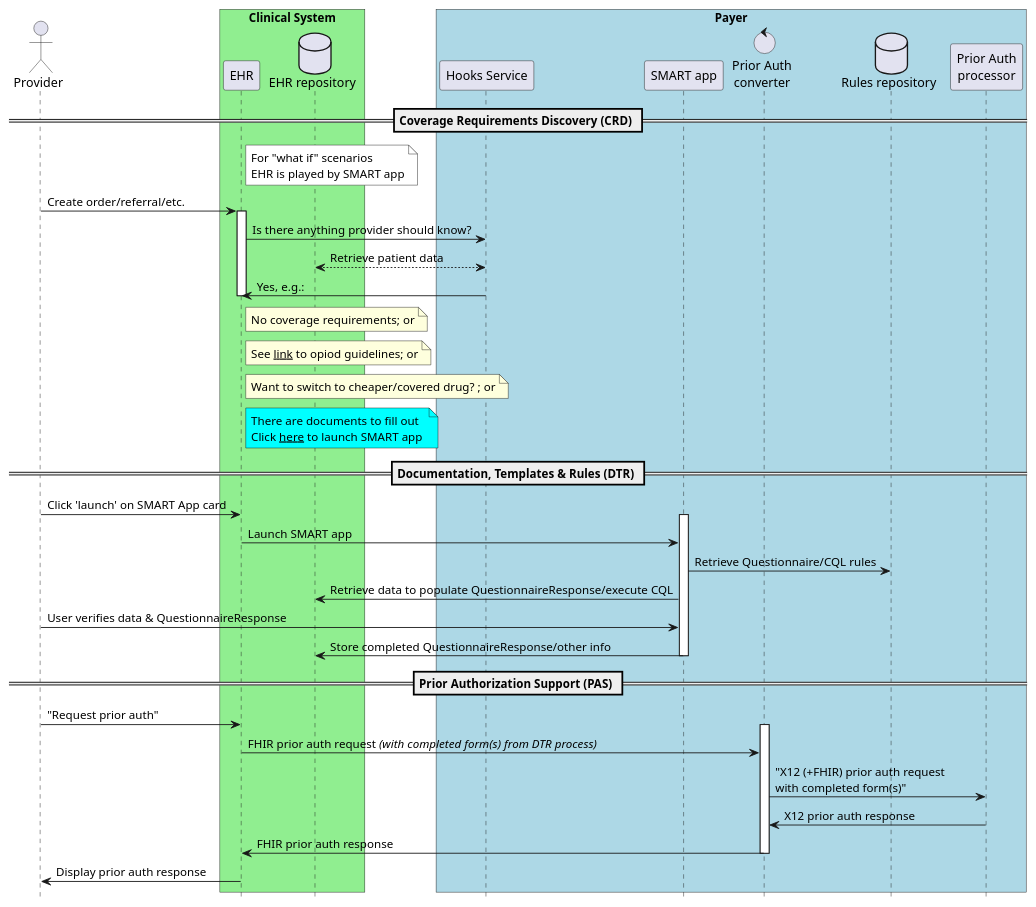
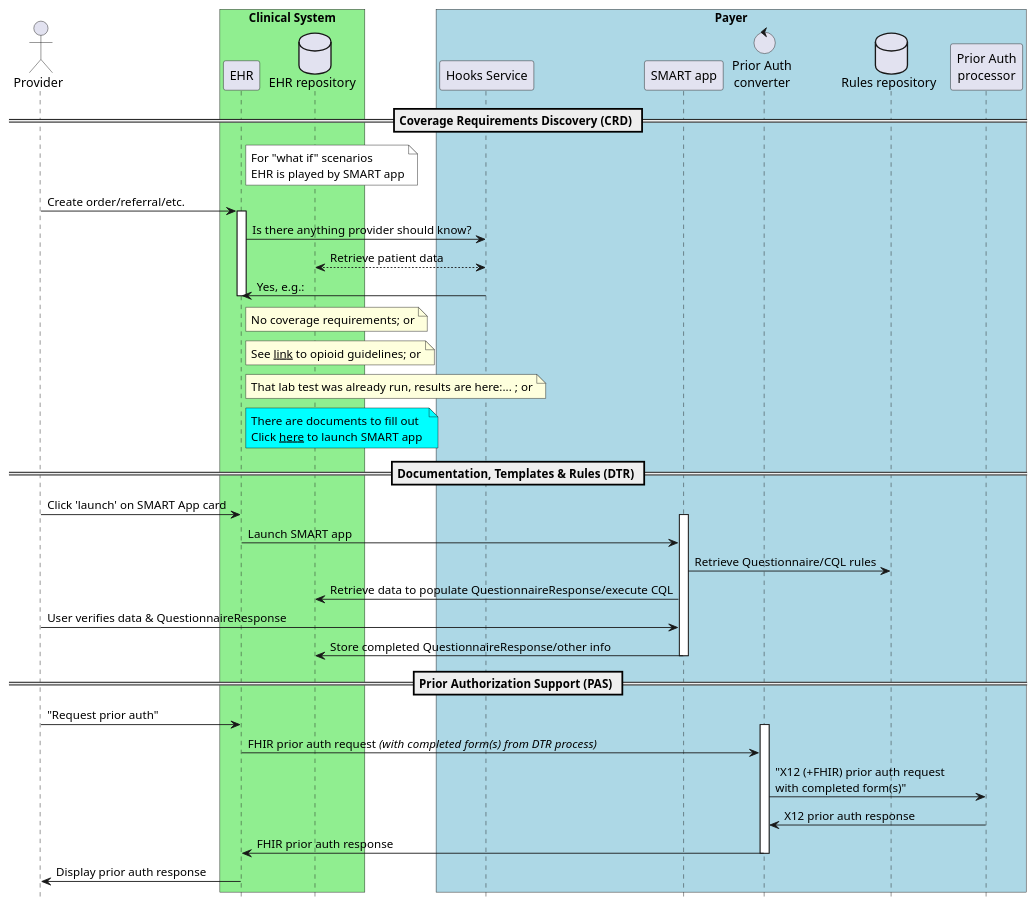
The diagram in template/images-source/burdenReduction.plantuml (HL7/davinci-epdx), drawn with PlantUML before and after one commit. The commit also changed 339 other files, not shown here.

```diff
--- a/template/images-source/burdenReduction.plantuml
+++ b/template/images-source/burdenReduction.plantuml
@@ -1,53 +1,53 @@
 @startuml
 hide footbox
 actor "Provider"
 box "Clinical System" #LightGreen
   participant EHR
   database "EHR repository"
 end box
 box "Payer" #LightBlue
   participant "Hooks Service"
   participant "SMART app"
   control converter as "Prior Auth\nconverter"
   database "Rules repository"
   participant processor as "Prior Auth\nprocessor"
 end box
 
 == Coverage Requirements Discovery (CRD) ==
 
 note right of EHR #white
   For "what if" scenarios
   EHR is played by SMART app
 end note
 "Provider" -> "EHR" : Create order/referral/etc.
 Activate EHR
   "EHR" -> "Hooks Service" : Is there anything provider should know?
   "Hooks Service" <--> "EHR repository" : Retrieve patient data
   "EHR" <- "Hooks Service" : Yes, e.g.:
   note right of EHR: No coverage requirements; or
-  note right of EHR: See __link__ to opiod guidelines; or
-  note right of EHR: Want to switch to cheaper/covered drug? ; or
+  note right of EHR: See __link__ to opioid guidelines; or
+  note right of EHR: That lab test was already run, results are here:... ; or
   note right of EHR #aqua
     There are documents to fill out
     Click __here__ to launch SMART app 
   end note
 Deactivate EHR
 == Documentation, Templates & Rules (DTR) ==
 "Provider" -> "EHR": Click 'launch' on SMART App card
 Activate "SMART app"
   "EHR" -> "SMART app": Launch SMART app
   "SMART app" -> "Rules repository": Retrieve Questionnaire/CQL rules
   "SMART app" -> "EHR repository": Retrieve data to populate QuestionnaireResponse/execute CQL
   "SMART app" <- "Provider": User verifies data & QuestionnaireResponse
   "SMART app" -> "EHR repository": Store completed QuestionnaireResponse/other info
 Deactivate "SMART app"
 == Prior Authorization Support (PAS) ==
 Provider -> EHR: "Request prior auth"
 Activate converter
   EHR -> converter: FHIR prior auth request //(with completed form(s) from DTR process)//
   converter -> processor: "X12 (+FHIR) prior auth request\nwith completed form(s)"
   processor -> converter: X12 prior auth response
   converter -> EHR: FHIR prior auth response
 Deactivate converter
 EHR -> Provider: Display prior auth response
 @enduml
```
